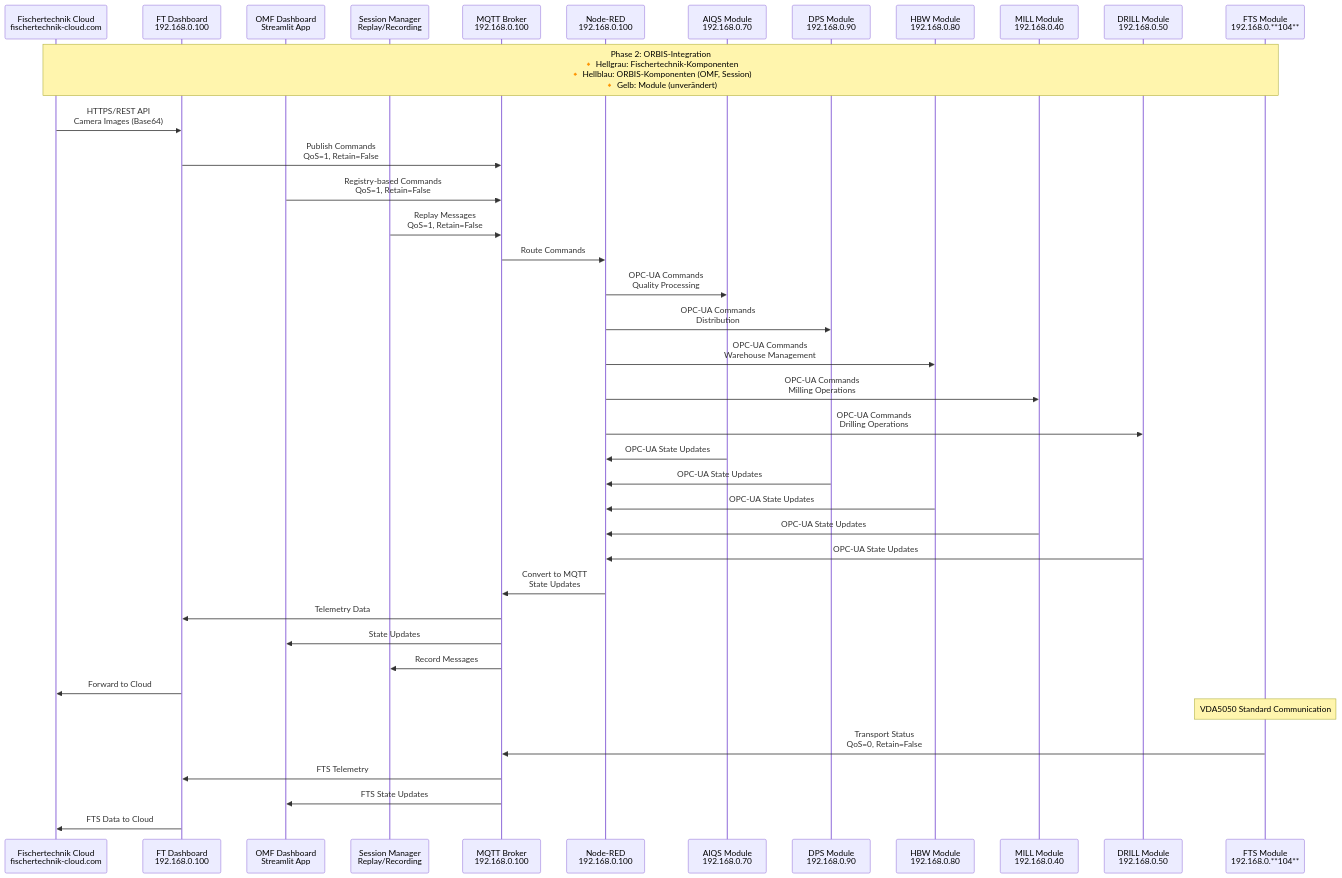
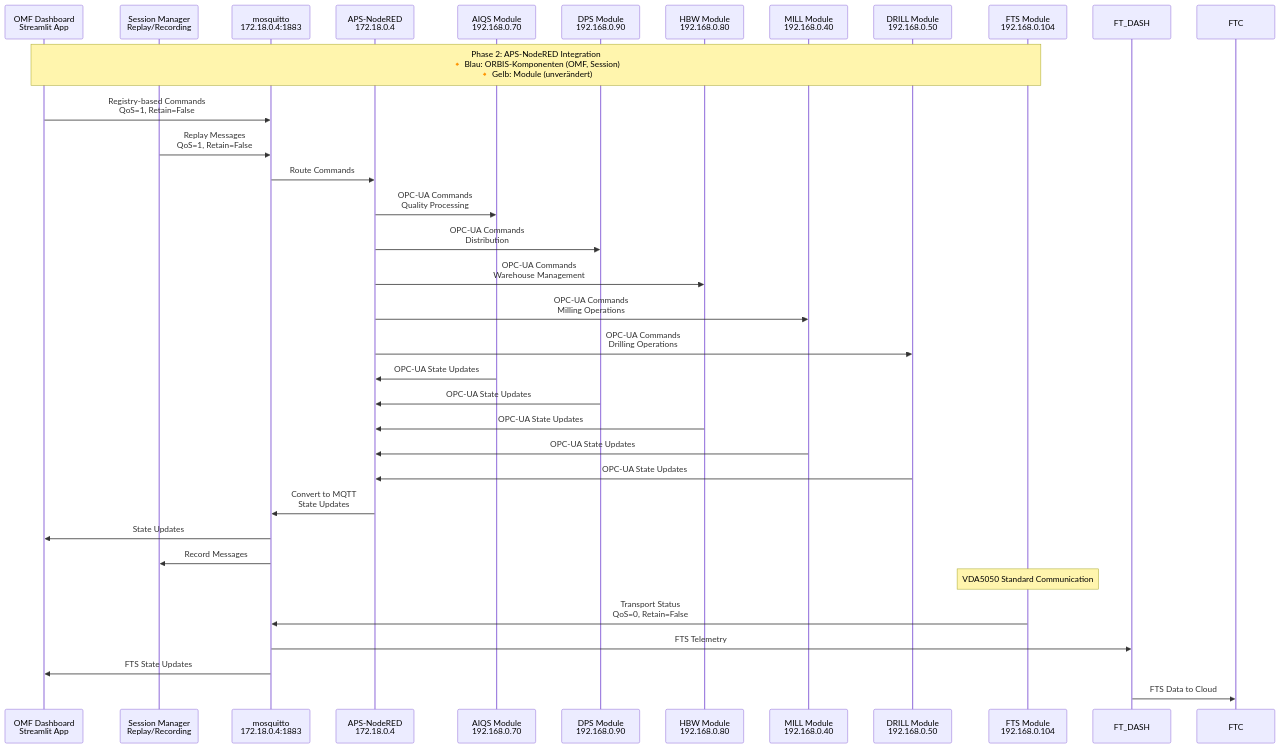
Before and after one commit to OliverBerger-ORBIS/ORBIS-Modellfabrik: the fourth of 6 diagrams in docs/02-architecture/message-flow.md, drawn with Mermaid. The commit also changed other lines of this file and 12 other files, not shown here.

````diff
--- a/docs/02-architecture/message-flow.md
+++ b/docs/02-architecture/message-flow.md
@@ -87,48 +87,42 @@
 ```mermaid
 sequenceDiagram
-    participant FTC as Fischertechnik Cloud<br/>fischertechnik-cloud.com
-    participant FT_DASH as FT Dashboard<br/>192.168.0.100
     participant OMF_DASH as OMF Dashboard<br/>Streamlit App
     participant SESSION as Session Manager<br/>Replay/Recording
-    participant MQTT as MQTT Broker<br/>192.168.0.100
-    participant NR as Node-RED<br/>192.168.0.100
+    participant MQTT as mosquitto<br/>172.18.0.4:1883
+    participant NR as APS-NodeRED<br/>172.18.0.4
     participant AIQS as AIQS Module<br/>192.168.0.70
     participant DPS as DPS Module<br/>192.168.0.90
     participant HBW as HBW Module<br/>192.168.0.80
     participant MILL as MILL Module<br/>192.168.0.40
     participant DRILL as DRILL Module<br/>192.168.0.50
-    participant FTS as FTS Module<br/>192.168.0.**104**
+    participant FTS as FTS Module<br/>192.168.0.104
     
-    Note over FTC,FTS: Phase 2: ORBIS-Integration<br/>🔸 Hellgrau: Fischertechnik-Komponenten<br/>🔸 Hellblau: ORBIS-Komponenten (OMF, Session)<br/>🔸 Gelb: Module (unverändert)
+    Note over OMF_DASH,FTS: Phase 2: APS-NodeRED Integration<br/>🔸 Blau: ORBIS-Komponenten (OMF, Session)<br/>🔸 Gelb: Module (unverändert)
     
-    FTC->>FT_DASH: HTTPS/REST API<br/>Camera Images (Base64)
-    FT_DASH->>MQTT: Publish Commands<br/>QoS=1, Retain=False
     
     OMF_DASH->>MQTT: Registry-based Commands<br/>QoS=1, Retain=False
     SESSION->>MQTT: Replay Messages<br/>QoS=1, Retain=False
     
     MQTT->>NR: Route Commands
     NR->>AIQS: OPC-UA Commands<br/>Quality Processing
     NR->>DPS: OPC-UA Commands<br/>Distribution
     NR->>HBW: OPC-UA Commands<br/>Warehouse Management
     NR->>MILL: OPC-UA Commands<br/>Milling Operations
     NR->>DRILL: OPC-UA Commands<br/>Drilling Operations
     
     AIQS->>NR: OPC-UA State Updates
     DPS->>NR: OPC-UA State Updates
     HBW->>NR: OPC-UA State Updates
     MILL->>NR: OPC-UA State Updates
     DRILL->>NR: OPC-UA State Updates
     
     NR->>MQTT: Convert to MQTT<br/>State Updates
-    MQTT->>FT_DASH: Telemetry Data
     MQTT->>OMF_DASH: State Updates
     MQTT->>SESSION: Record Messages
-    FT_DASH->>FTC: Forward to Cloud
     
     Note over FTS: VDA5050 Standard Communication
     FTS->>MQTT: Transport Status<br/>QoS=0, Retain=False
     MQTT->>FT_DASH: FTS Telemetry
     MQTT->>OMF_DASH: FTS State Updates
     FT_DASH->>FTC: FTS Data to Cloud
 ```
````
